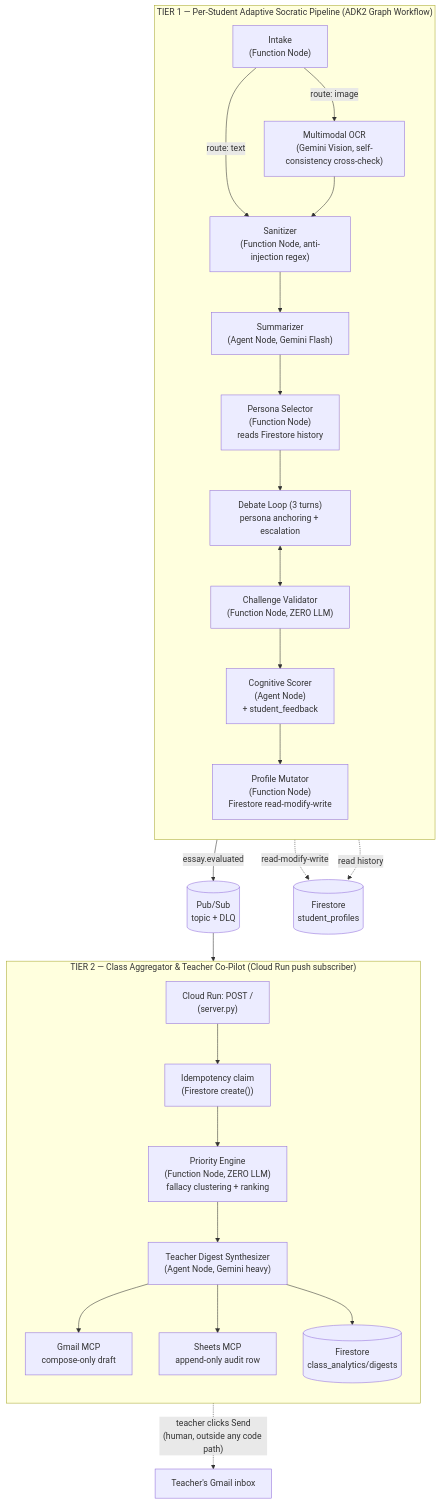
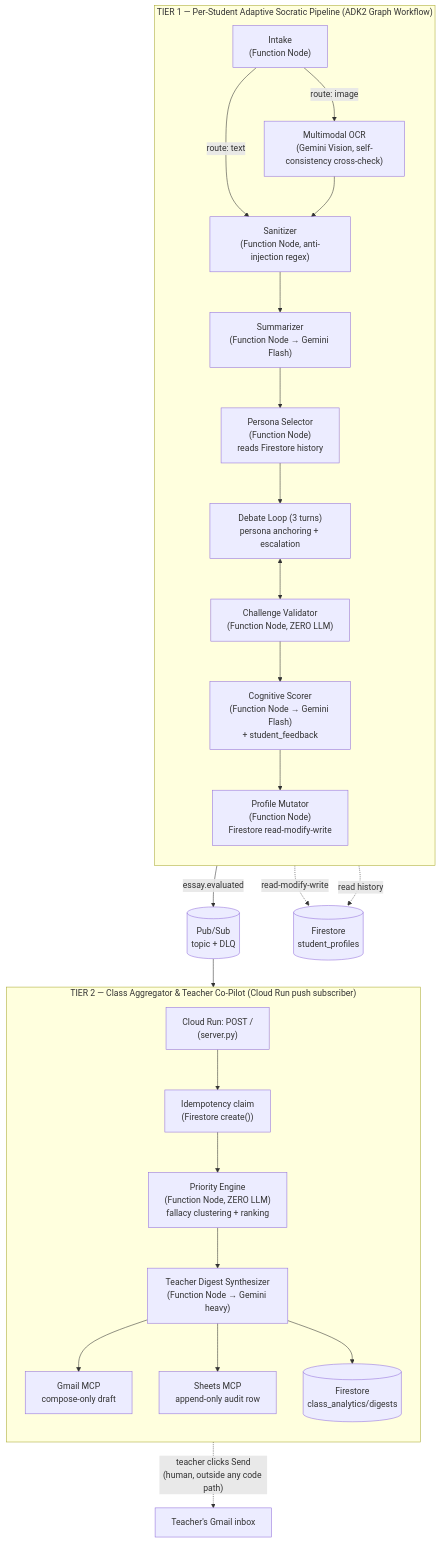
The diagram in README.md (francisnguyenanh/EduAgent), drawn with Mermaid before and after one commit. The commit also changed other lines of this file and 41 other files, not shown here.

````diff
--- a/README.md
+++ b/README.md
@@ -42,32 +42,32 @@
 ```mermaid
 flowchart TD
     subgraph T1["TIER 1 — Per-Student Adaptive Socratic Pipeline (ADK2 Graph Workflow)"]
         direction TB
         IN["Intake\n(Function Node)"] -->|route: image| OCR["Multimodal OCR\n(Gemini Vision, self-consistency cross-check)"]
         IN -->|route: text| SAN["Sanitizer\n(Function Node, anti-injection regex)"]
         OCR --> SAN
-        SAN --> SUM["Summarizer\n(Agent Node, Gemini Flash)"]
+        SAN --> SUM["Summarizer\n(Function Node → Gemini Flash)"]
         SUM --> PS["Persona Selector\n(Function Node)\nreads Firestore history"]
         PS --> DEBATE["Debate Loop (3 turns)\npersona anchoring + escalation"]
         DEBATE <--> VAL["Challenge Validator\n(Function Node, ZERO LLM)"]
-        VAL --> SCORE["Cognitive Scorer\n(Agent Node)\n+ student_feedback"]
+        VAL --> SCORE["Cognitive Scorer\n(Function Node → Gemini Flash)\n+ student_feedback"]
         SCORE --> MUT["Profile Mutator\n(Function Node)\nFirestore read-modify-write"]
     end
 
     MUT -->|"essay.evaluated"| PUBSUB[("Pub/Sub\ntopic + DLQ")]
 
     subgraph T2["TIER 2 — Class Aggregator & Teacher Co-Pilot (Cloud Run push subscriber)"]
         direction TB
         SUB["Cloud Run: POST /\n(server.py)"] --> IDEM["Idempotency claim\n(Firestore create())"]
         IDEM --> RANK["Priority Engine\n(Function Node, ZERO LLM)\nfallacy clustering + ranking"]
-        RANK --> DIGEST["Teacher Digest Synthesizer\n(Agent Node, Gemini heavy)"]
+        RANK --> DIGEST["Teacher Digest Synthesizer\n(Function Node → Gemini heavy)"]
         DIGEST --> GMAIL["Gmail MCP\ncompose-only draft"]
         DIGEST --> SHEETS["Sheets MCP\nappend-only audit row"]
         DIGEST --> ANALYTICS[("Firestore\nclass_analytics/digests")]
     end
 
     PUBSUB --> SUB
     MUT -.->|"read-modify-write"| PROFILES[("Firestore\nstudent_profiles")]
     PS -.->|"read history"| PROFILES
     GMAIL -.->|"teacher clicks Send\n(human, outside any code path)"| TEACHER["Teacher's Gmail inbox"]
 ```
````
